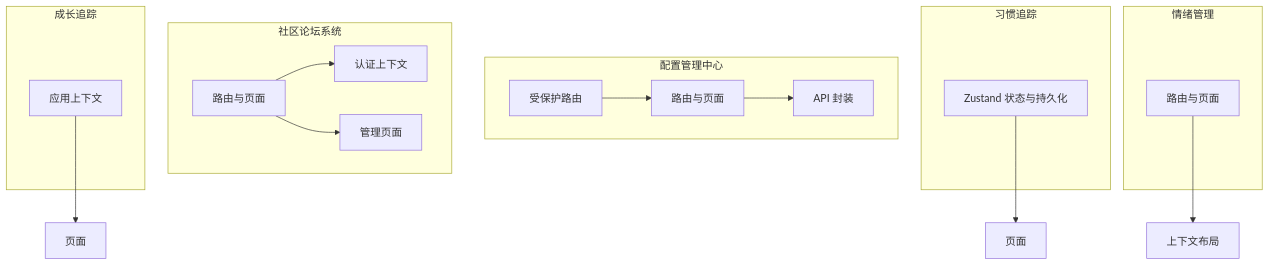
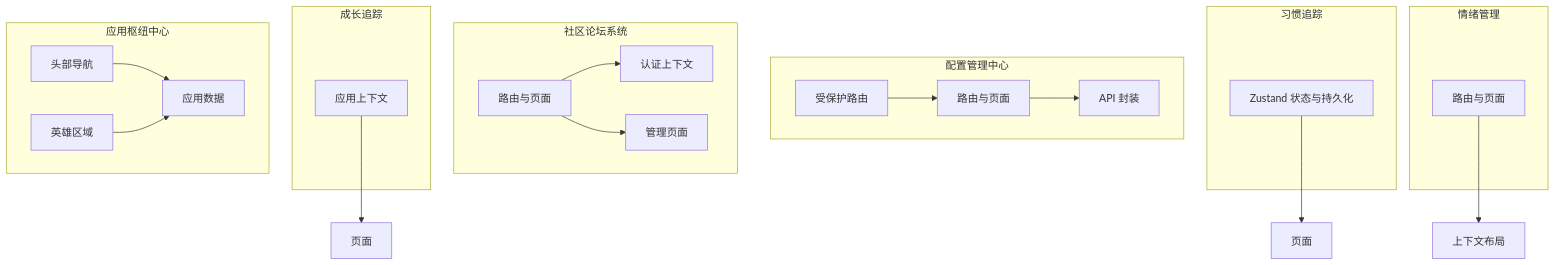
One commit to daoApps/daoApps changed the second of 8 diagrams in .qoder/repowiki/zh/content/业务应用集合/业务应用集合.md. Above: the diagram before and after it, drawn with Mermaid. The commit also changed other lines of this file and 7 other files, not shown here.

````diff
--- a/.qoder/repowiki/zh/content/业务应用集合/业务应用集合.md
+++ b/.qoder/repowiki/zh/content/业务应用集合/业务应用集合.md
@@ -124,29 +146,36 @@
 ```mermaid
 graph TB
 subgraph "配置管理中心"
 CC_R["路由与页面"]
 CC_API["API 封装"]
 CC_AUTH["受保护路由"]
 end
 subgraph "社区论坛系统"
 F_APP["路由与页面"]
 F_CTX["认证上下文"]
 F_ADMIN["管理页面"]
 end
 subgraph "成长追踪"
 GT_CTX["应用上下文"]
 end
 subgraph "习惯追踪"
 HT_STORE["Zustand 状态与持久化"]
 end
 subgraph "情绪管理"
 MF_APP["路由与页面"]
 end
+subgraph "应用枢纽中心"
+NX_HEADER["头部导航"]
+NX_HERO["英雄区域"]
+NX_APPS["应用数据"]
+end
 CC_R --> CC_API
 CC_AUTH --> CC_R
 F_APP --> F_CTX
 F_APP --> F_ADMIN
 GT_CTX --> GT_APP["页面"]
 HT_STORE --> HT_APP["页面"]
 MF_APP --> MF_CTX["上下文布局"]
+NX_HEADER --> NX_APPS
+NX_HERO --> NX_APPS
 ```
````
